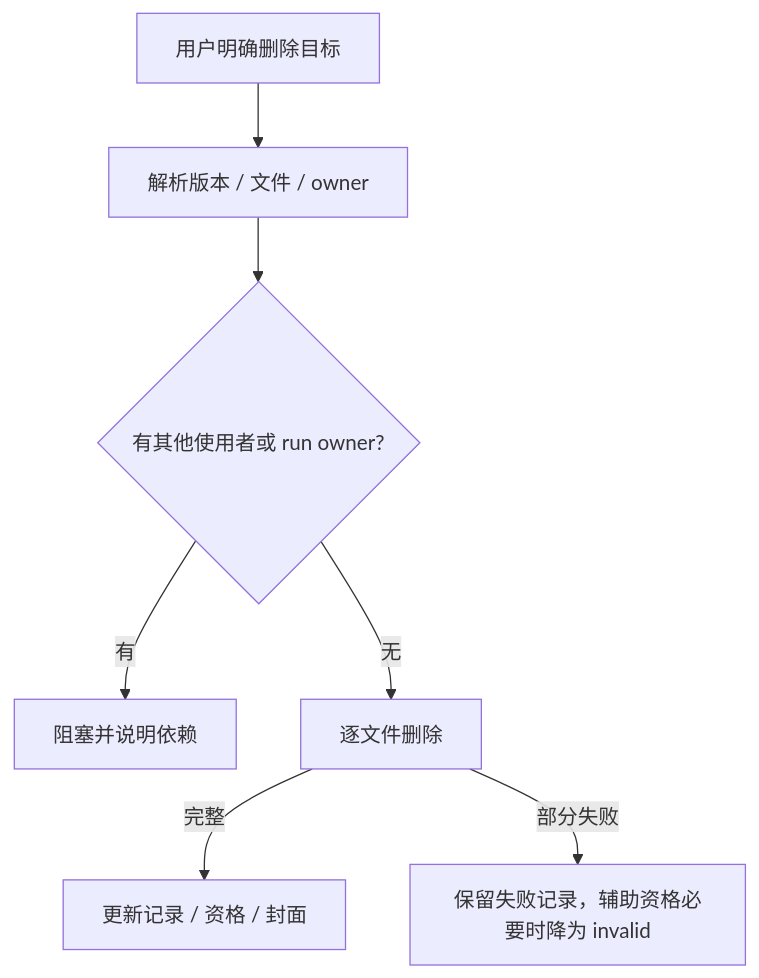
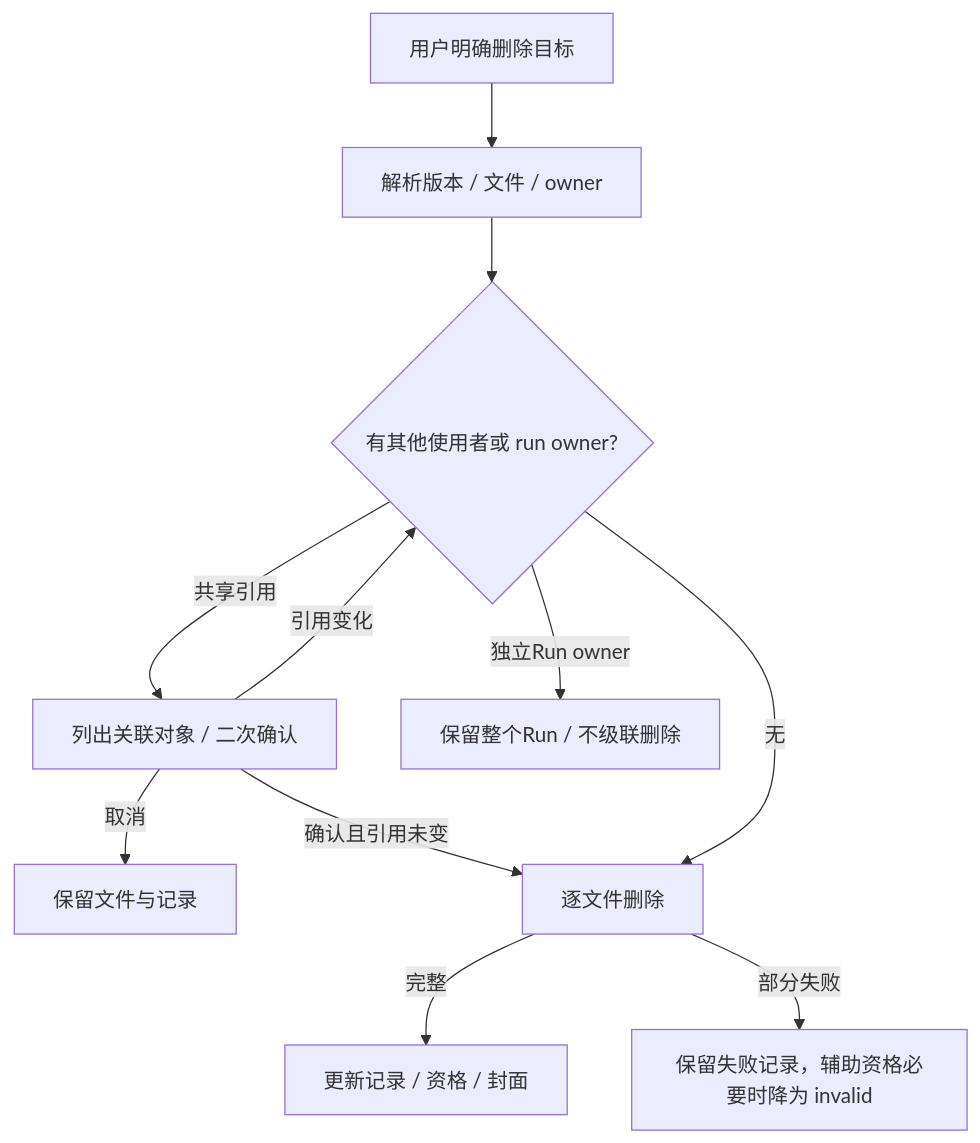
One commit to wxy112300/AIVideoGenTool changed the fourth of 5 diagrams in docs/runbooks/ASSET_LIFECYCLE.md. Above: the diagram before and after it, drawn with Mermaid. The commit also changed other lines of this file and 151 other files, not shown here.

````diff
--- a/docs/runbooks/ASSET_LIFECYCLE.md
+++ b/docs/runbooks/ASSET_LIFECYCLE.md
@@ -150,9 +150,13 @@
 ```mermaid
 flowchart TD
   USER[用户明确删除目标] --> RESOLVE[解析版本 / 文件 / owner]
   RESOLVE --> REFS{有其他使用者或 run owner?}
-  REFS -->|有| BLOCK[阻塞并说明依赖]
+  REFS -->|共享引用| CONFIRM[列出关联对象 / 二次确认]
+  CONFIRM -->|取消| KEEP[保留文件与记录]
+  CONFIRM -->|确认且引用未变| DELETE
+  CONFIRM -->|引用变化| REFS
+  REFS -->|独立Run owner| OWNER[保留整个Run / 不级联删除]
   REFS -->|无| DELETE[逐文件删除]
   DELETE -->|完整| COMMIT[更新记录 / 资格 / 封面]
   DELETE -->|部分失败| INVALID[保留失败记录，辅助资格必要时降为 invalid]
 ```
````
